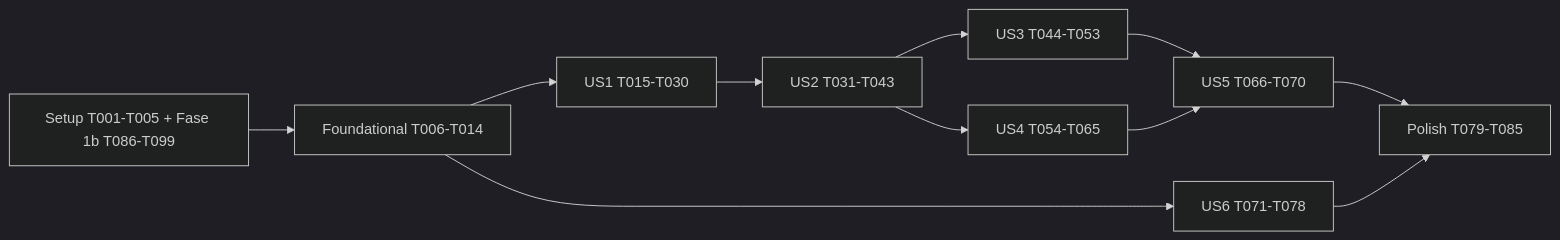
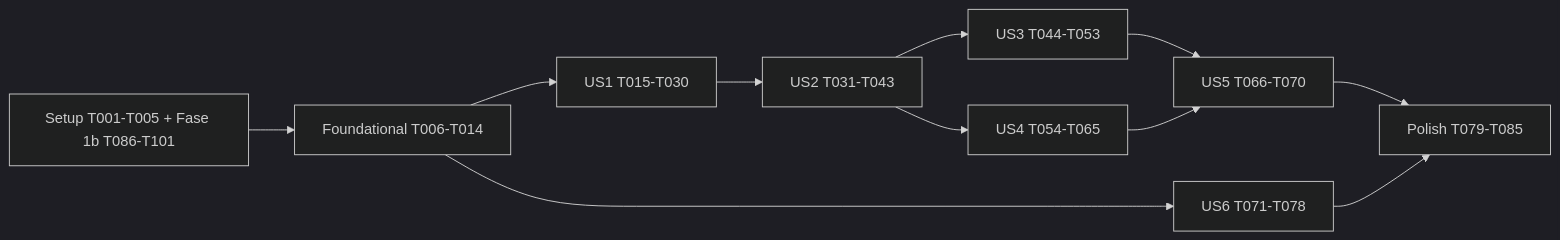
The diagram in specs/005-shader-modules/tasks.md (dantasgut/clayflow), drawn with Mermaid (dark theme) before and after one commit. The commit also changed other lines of this file and 35 other files, not shown here.

````diff
--- a/specs/005-shader-modules/tasks.md
+++ b/specs/005-shader-modules/tasks.md
@@ -240,13 +246,13 @@
 ```mermaid
 graph LR
-  S[Setup T001-T005 + Fase 1b T086-T099] --> F[Foundational T006-T014]
+  S[Setup T001-T005 + Fase 1b T086-T101] --> F[Foundational T006-T014]
   F --> US1[US1 T015-T030]
   US1 --> US2[US2 T031-T043]
   US2 --> US3[US3 T044-T053]
   US2 --> US4[US4 T054-T065]
   US3 --> US5[US5 T066-T070]
   US4 --> US5
   F --> US6[US6 T071-T078]
   US5 --> P[Polish T079-T085]
   US6 --> P
 ```
````
